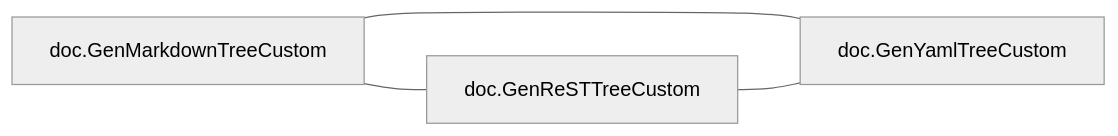
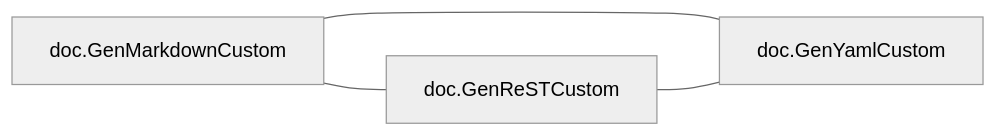
Before and after one commit to LukasSelin/doppel: the fourth of 8 diagrams in examples/cobra.md, drawn with Mermaid (neutral theme). The commit also changed other lines of this file and 19 other files, not shown here.

````diff
--- a/examples/cobra.md
+++ b/examples/cobra.md
@@ -577,9 +563,9 @@
 ```mermaid
 flowchart LR
-    m0["doc.GenMarkdownTreeCustom"]
-    m1["doc.GenReSTTreeCustom"]
-    m2["doc.GenYamlTreeCustom"]
+    m0["doc.GenMarkdownCustom"]
+    m1["doc.GenReSTCustom"]
+    m2["doc.GenYamlCustom"]
     m0 --- m1
     m0 --- m2
     m1 --- m2
 ```
````
